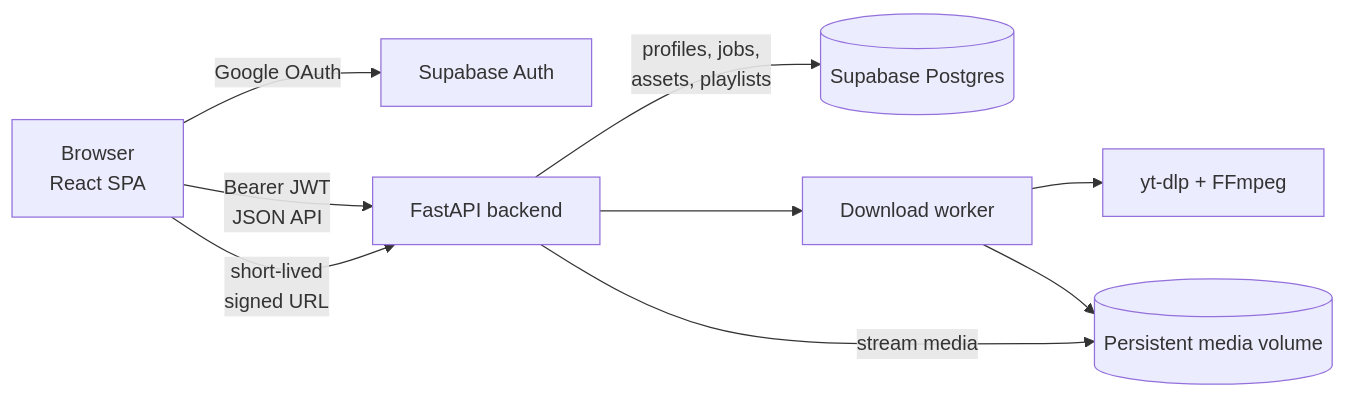
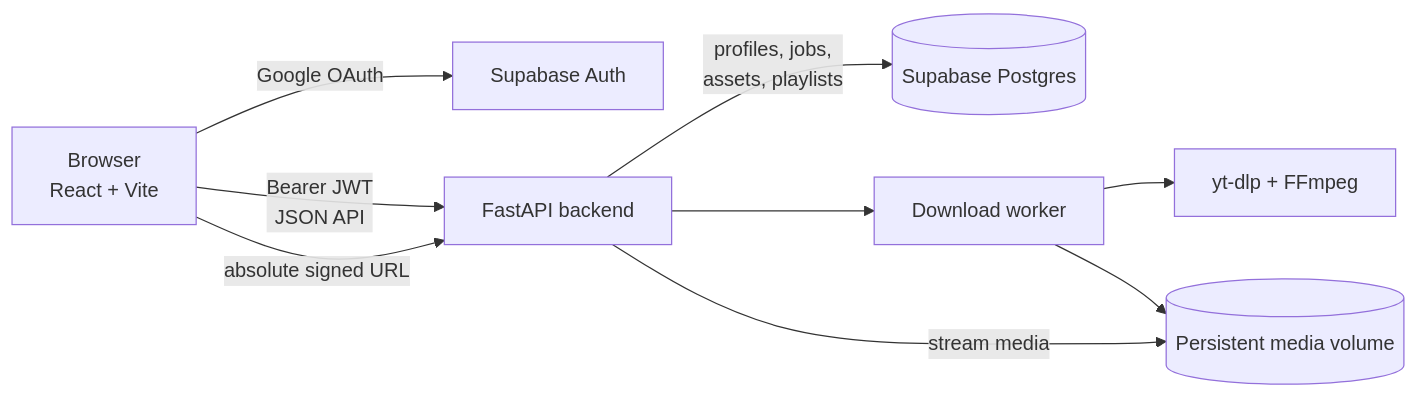
One commit to paulopezgil/Vidfetch changed the diagram in README.md. Above: the diagram before and after it, drawn with Mermaid. The commit also changed other lines of this file and 3 other files, not shown here.

````diff
--- a/README.md
+++ b/README.md
@@ -250,11 +257,11 @@
 ```mermaid
 flowchart LR
-    U[Browser<br/>React SPA] -->|Google OAuth| SA[Supabase Auth]
+    U[Browser<br/>React + Vite] -->|Google OAuth| SA[Supabase Auth]
     U -->|Bearer JWT<br/>JSON API| API[FastAPI backend]
     API -->|profiles, jobs,<br/>assets, playlists| DB[(Supabase Postgres)]
     API --> W[Download worker]
     W --> YT[yt-dlp + FFmpeg]
     W --> VOL[(Persistent media volume)]
-    U -->|short-lived<br/>signed URL| API
+    U -->|absolute signed URL| API
     API -->|stream media| VOL
 ```
````
